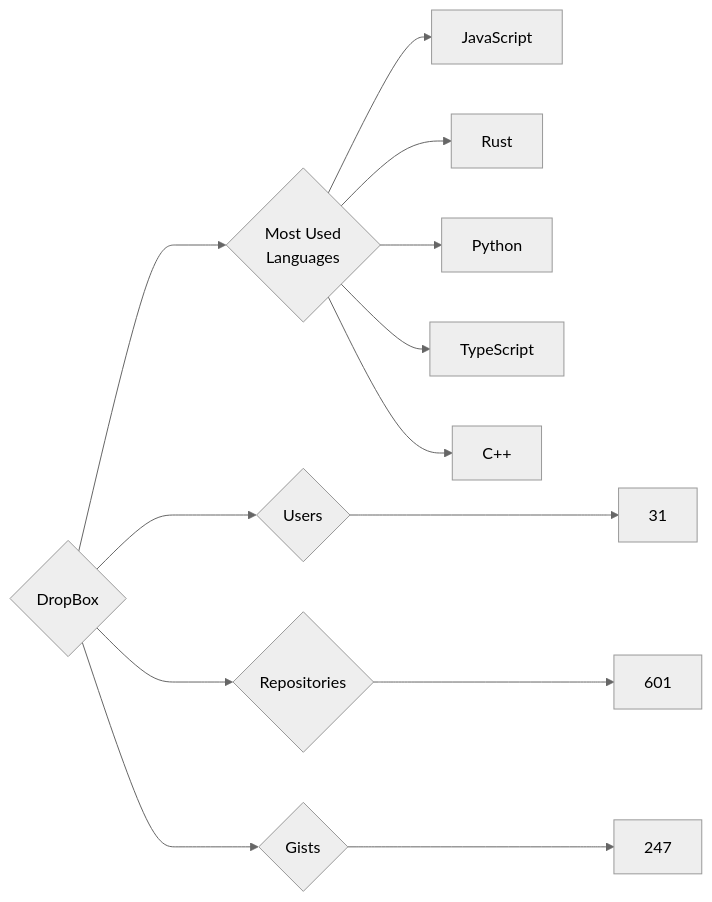
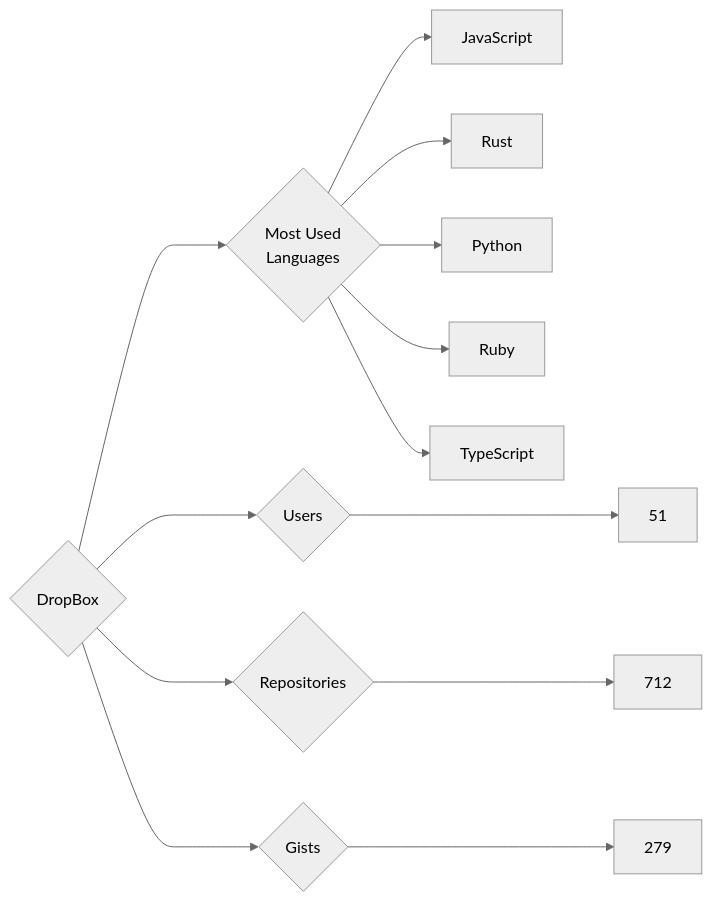
Before and after one commit to trickest/insiders: the diagram in targets/DropBox/README.md, drawn with Mermaid (neutral theme). The commit also changed 610 other files, not shown here.

````diff
--- a/targets/DropBox/README.md
+++ b/targets/DropBox/README.md
@@ -3,13 +3,13 @@
 ```mermaid
 graph LR
 COMPANY_NAME{DropBox}
-COMPANY_NAME ---> U{Users} ---> UN[31]
-COMPANY_NAME ---> R{Repositories} ---> RN[601]
-COMPANY_NAME ---> G{Gists} ---> GN[247]
+COMPANY_NAME ---> U{Users} ---> UN[51]
+COMPANY_NAME ---> R{Repositories} ---> RN[712]
+COMPANY_NAME ---> G{Gists} ---> GN[279]
 COMPANY_NAME ---> ML{Most Used<br>Languages}
 ML --> JavaScript[JavaScript]
 ML --> Rust[Rust]
 ML --> Python[Python]
+ML --> Ruby[Ruby]
 ML --> TypeScript[TypeScript]
-ML --> C++[C++]
 ```
````
